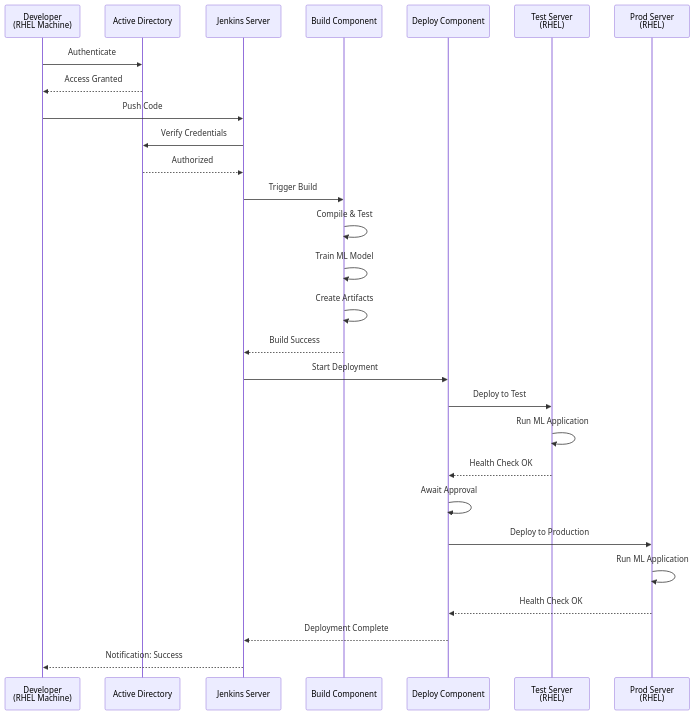
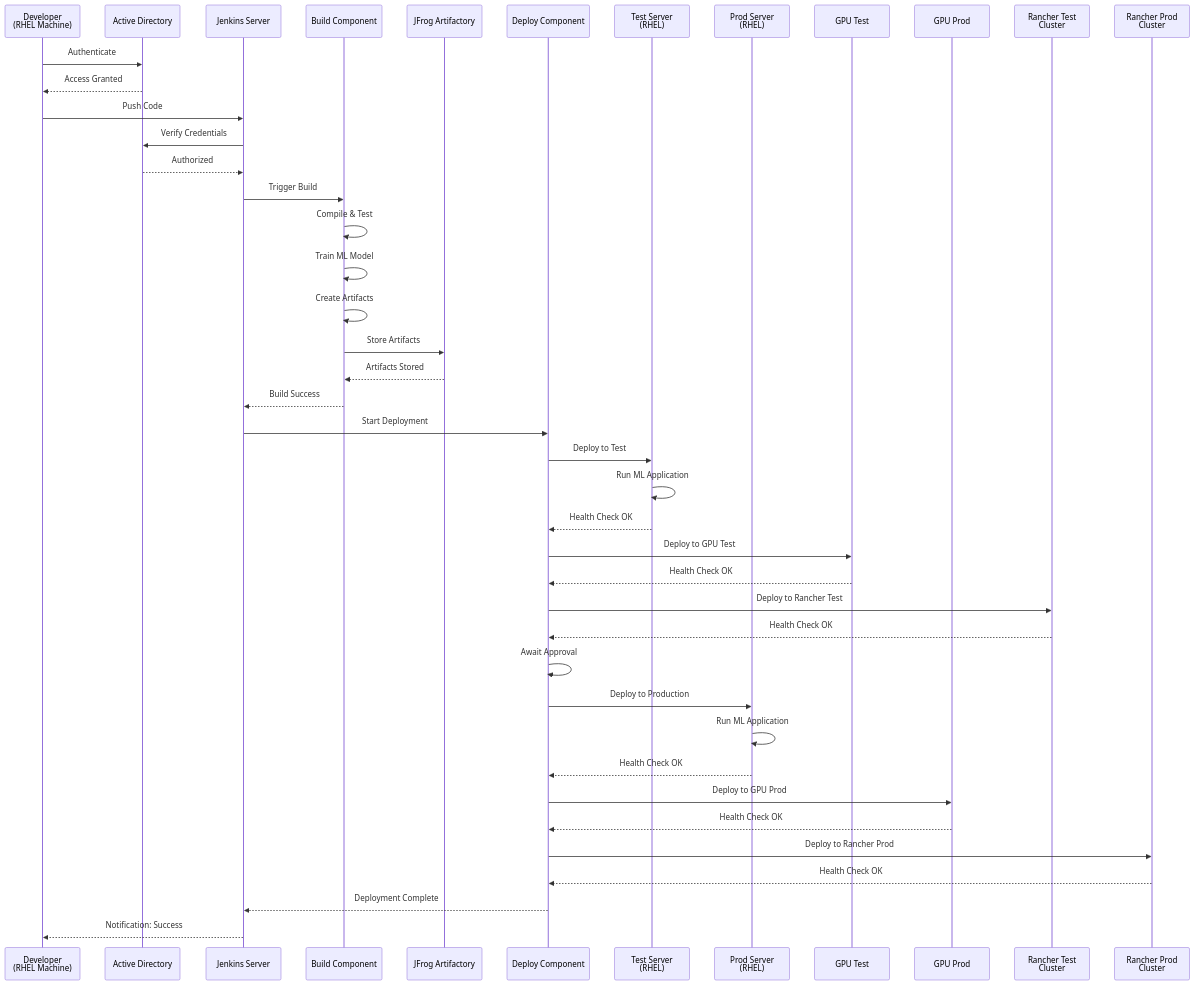
Before and after one commit to tv2-mle/mlops-arkitektur: the fourth of 4 diagrams in README.md, drawn with Mermaid. The commit also changed other lines of this file, not shown here.

Commit message:
Add JFrog Artifactory, GPU-environment, and Rancher Kubernetes to mermaid diagrams

````diff
--- a/README.md
+++ b/README.md
@@ -164,35 +237,55 @@
 ```mermaid
 sequenceDiagram
     participant Dev as Developer<br/>(RHEL Machine)
     participant AD as Active Directory
     participant Jenkins as Jenkins Server
     participant Build as Build Component
+    participant JFrog as JFrog Artifactory
     participant Deploy as Deploy Component
     participant Test as Test Server<br/>(RHEL)
     participant Prod as Prod Server<br/>(RHEL)
+    participant GPU_T as GPU Test
+    participant GPU_P as GPU Prod
+    participant Rancher_T as Rancher Test<br/>Cluster
+    participant Rancher_P as Rancher Prod<br/>Cluster
     
     Dev->>AD: Authenticate
     AD-->>Dev: Access Granted
     
     Dev->>Jenkins: Push Code
     Jenkins->>AD: Verify Credentials
     AD-->>Jenkins: Authorized
     
     Jenkins->>Build: Trigger Build
     Build->>Build: Compile & Test
     Build->>Build: Train ML Model
     Build->>Build: Create Artifacts
+    Build->>JFrog: Store Artifacts
+    JFrog-->>Build: Artifacts Stored
     Build-->>Jenkins: Build Success
     
     Jenkins->>Deploy: Start Deployment
     Deploy->>Test: Deploy to Test
     Test->>Test: Run ML Application
     Test-->>Deploy: Health Check OK
     
+    Deploy->>GPU_T: Deploy to GPU Test
+    GPU_T-->>Deploy: Health Check OK
+    
+    Deploy->>Rancher_T: Deploy to Rancher Test
+    Rancher_T-->>Deploy: Health Check OK
+    
     Deploy->>Deploy: Await Approval
     Deploy->>Prod: Deploy to Production
     Prod->>Prod: Run ML Application
     Prod-->>Deploy: Health Check OK
+    
+    Deploy->>GPU_P: Deploy to GPU Prod
+    GPU_P-->>Deploy: Health Check OK
+    
+    Deploy->>Rancher_P: Deploy to Rancher Prod
+    Rancher_P-->>Deploy: Health Check OK
+    
     Deploy-->>Jenkins: Deployment Complete
     Jenkins-->>Dev: Notification: Success
 ```
````
